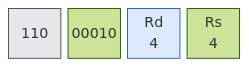
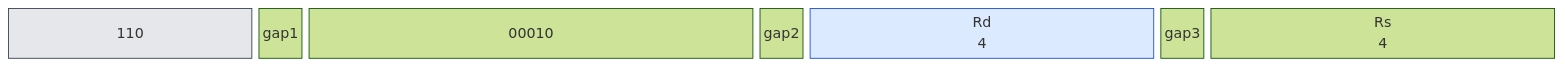
Before and after one commit to olfp/Deep16: the seventh of 32 diagrams in book/kap03.md, drawn with Mermaid (forest theme). The commit also changed other lines of this file and 1 other file, not shown here.

Commit message:
book(kap03): Weitere Diagramme auf 31-Spalten-Format vereinheitlicht

````diff
--- a/book/kap03.md
+++ b/book/kap03.md
@@ -320,16 +320,19 @@
 ```mermaid
 block-beta
-  columns 4
+  columns 31
   classDef op fill:#e5e7eb,stroke:#374151
   classDef reg fill:#dbeafe,stroke:#1d4ed8
   classDef imm fill:#fef3c7,stroke:#b45309
   classDef off fill:#dcfce7,stroke:#15803d
   classDef seg fill:#ede9fe,stroke:#6d28d9
   classDef all fill:#fee2e2,stroke:#b91c1c
-  b0["110"]:1
-  b1["00010"]:1
-  b2["Rd<br/>4"]:1
-  b3["Rs<br/>4"]:1
+  b0["110"]:5
+  gap1:1
+  b1["00010"]:9
+  gap2:1
+  b2["Rd<br/>4"]:7
+  gap3:1
+  b3["Rs<br/>4"]:7
   class b0 b1 op
   class b2 b3 reg
 ```
````
